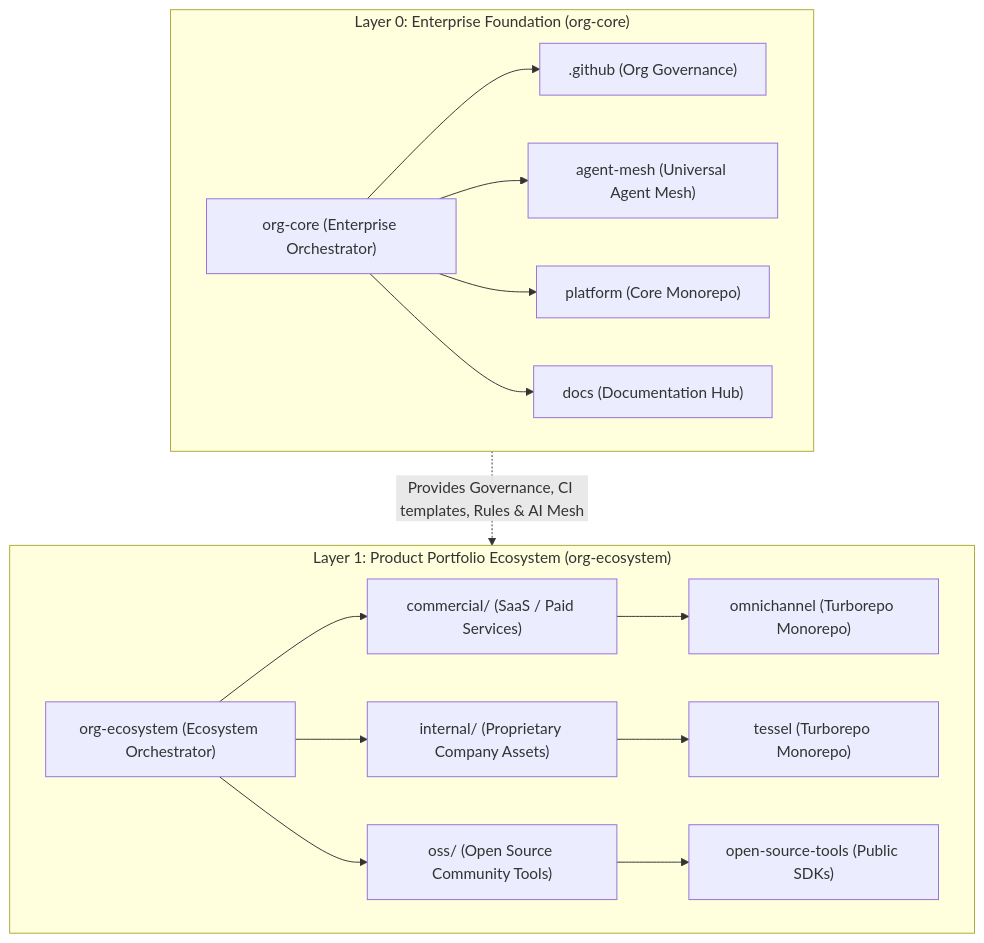
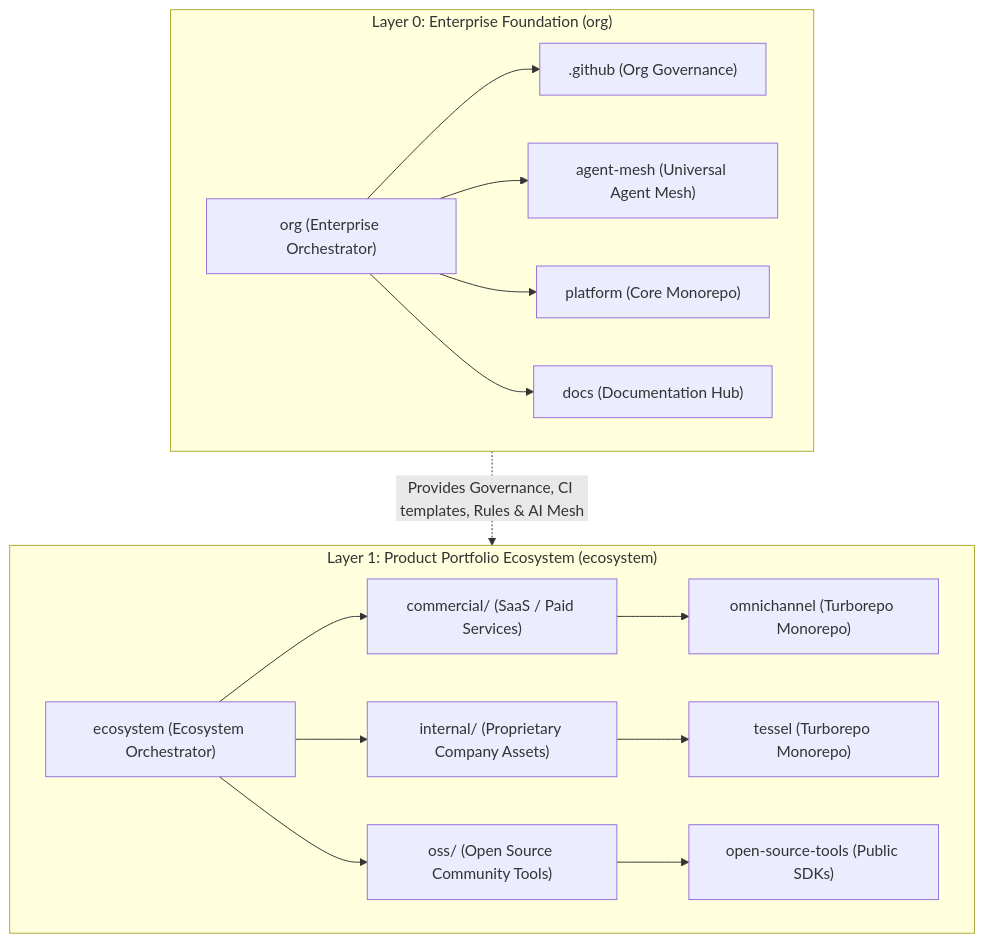
One commit to tupynambalucas-dev/.github changed the diagram in references/explanation/org-ecosystem-architecture-and-portfolio-governance.md. Above: the diagram before and after it, drawn with Mermaid. The commit also changed other lines of this file and 11 other files, not shown here.

Commit message:
docs(governance): align references to org and ecosystem repositories (#62)

````diff
--- a/references/explanation/org-ecosystem-architecture-and-portfolio-governance.md
+++ b/references/explanation/org-ecosystem-architecture-and-portfolio-governance.md
@@ -18,35 +18,35 @@
 ```mermaid
 flowchart TD
-    subgraph EnterpriseTier["Layer 0: Enterprise Foundation (org-core)"]
-        OrgCore["org-core (Enterprise Orchestrator)"]
+    subgraph EnterpriseTier["Layer 0: Enterprise Foundation (org)"]
+        OrgCore["org (Enterprise Orchestrator)"]
         DotGithub[".github (Org Governance)"]
         AgentMesh["agent-mesh (Universal Agent Mesh)"]
         Platform["platform (Core Monorepo)"]
         Docs["docs (Documentation Hub)"]
         OrgCore --> DotGithub
         OrgCore --> AgentMesh
         OrgCore --> Platform
         OrgCore --> Docs
     end
 
-    subgraph ProductTier["Layer 1: Product Portfolio Ecosystem (org-ecosystem)"]
-        OrgEco["org-ecosystem (Ecosystem Orchestrator)"]
+    subgraph ProductTier["Layer 1: Product Portfolio Ecosystem (ecosystem)"]
+        OrgEco["ecosystem (Ecosystem Orchestrator)"]
         Commercial["commercial/ (SaaS / Paid Services)"]
         Internal["internal/ (Proprietary Company Assets)"]
         OSS["oss/ (Open Source Community Tools)"]
 
         Omnichannel["omnichannel (Turborepo Monorepo)"]
         Tessel["tessel (Turborepo Monorepo)"]
         CommunityTools["open-source-tools (Public SDKs)"]
 
         OrgEco --> Commercial
         OrgEco --> Internal
         OrgEco --> OSS
 
         Commercial --> Omnichannel
         Internal --> Tessel
         OSS --> CommunityTools
     end
 
     EnterpriseTier -.->|"Provides Governance, CI templates, Rules & AI Mesh"| ProductTier
 ```
````
